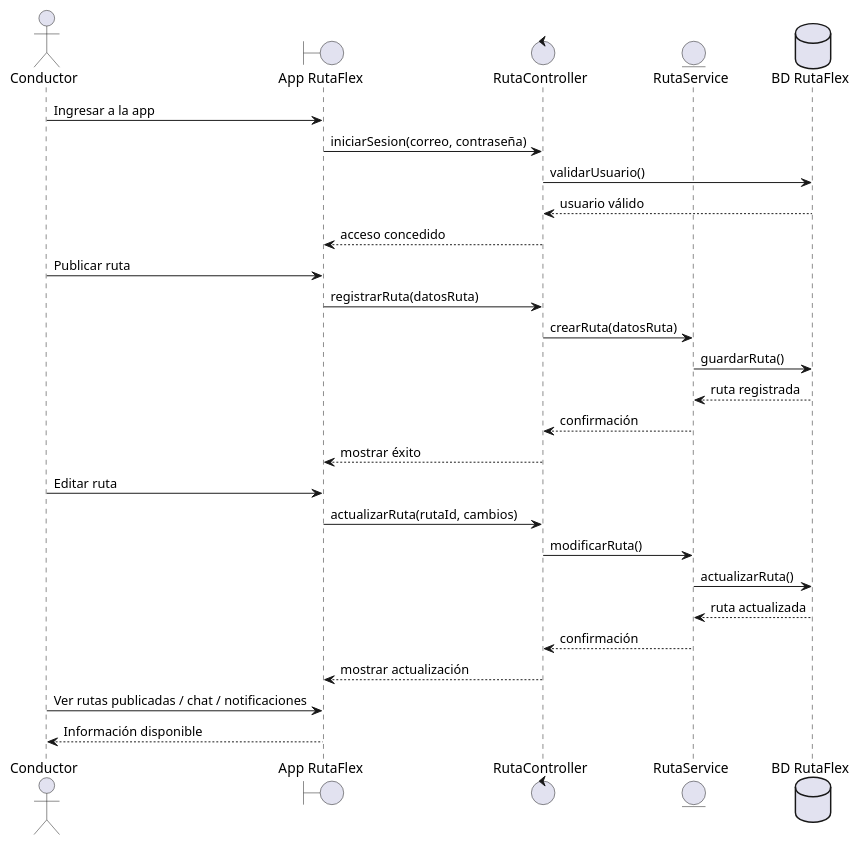
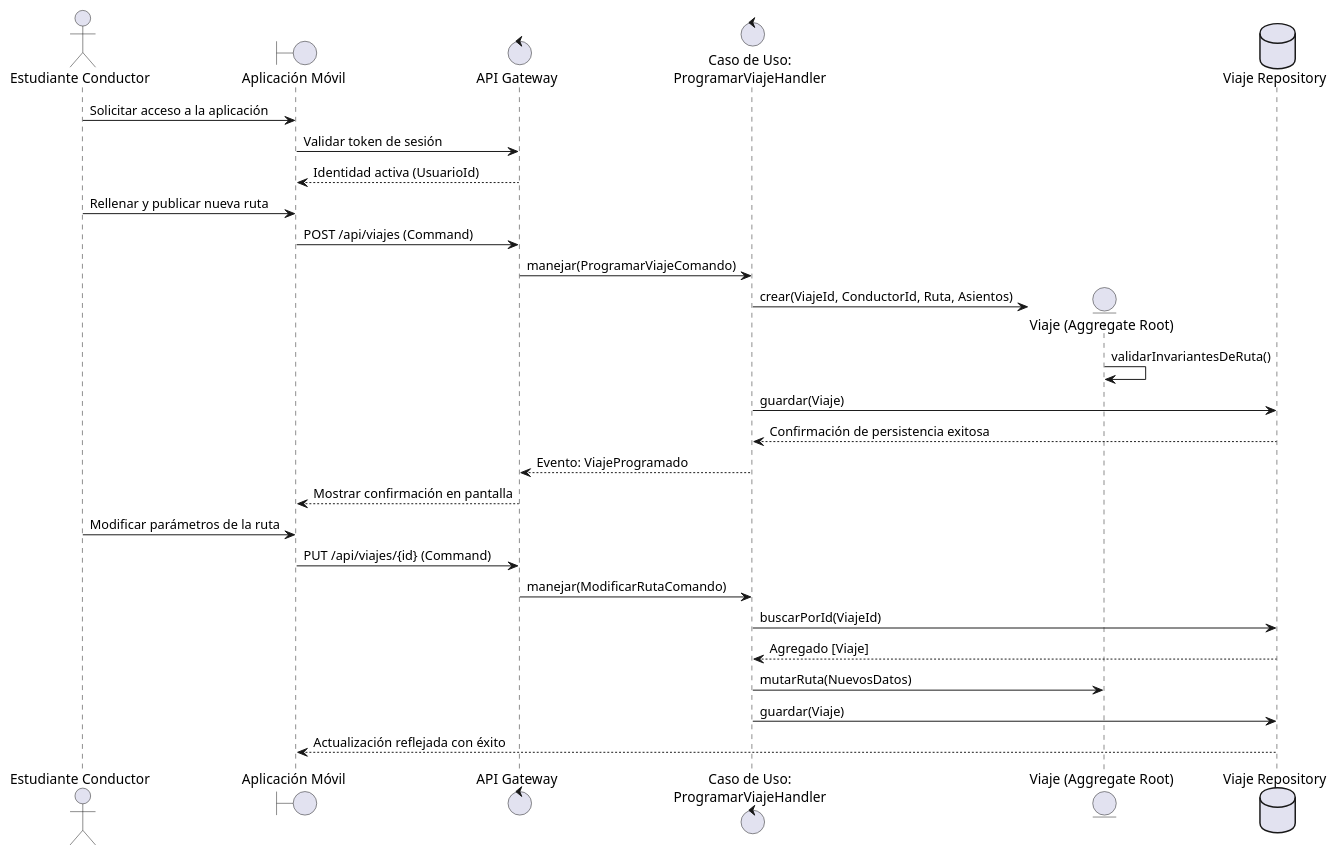
The diagram in Diagrama6.puml (Richard-suv/UML-PROYECTO), drawn with PlantUML before and after one commit. The commit also changed 17 other files, not shown here.

```diff
--- a/Diagrama6.puml
+++ b/Diagrama6.puml
@@ -1,32 +1,34 @@
 @startuml
-actor Conductor
-boundary "App RutaFlex" as App
-control "RutaController" as RutaC
-entity "RutaService" as RutaS
-database "BD RutaFlex" as DB
+actor "Estudiante Conductor" as Conductor
+boundary "Aplicación Móvil" as App
+control "API Gateway" as Gateway
+control "Caso de Uso:\nProgramarViajeHandler" as UC
+entity "Viaje (Aggregate Root)" as ViajeAR
+database "Viaje Repository" as Repo
 
-Conductor -> App : Ingresar a la app
-App -> RutaC : iniciarSesion(correo, contraseña)
-RutaC -> DB : validarUsuario()
-DB --> RutaC : usuario válido
-RutaC --> App : acceso concedido
+Conductor -> App : Solicitar acceso a la aplicación
+App -> Gateway : Validar token de sesión
+Gateway --> App : Identidad activa (UsuarioId)
 
-Conductor -> App : Publicar ruta
-App -> RutaC : registrarRuta(datosRuta)
-RutaC -> RutaS : crearRuta(datosRuta)
-RutaS -> DB : guardarRuta()
-DB --> RutaS : ruta registrada
-RutaS --> RutaC : confirmación
-RutaC --> App : mostrar éxito
+Conductor -> App : Rellenar y publicar nueva ruta
+App -> Gateway : POST /api/viajes (Command)
+Gateway -> UC : manejar(ProgramarViajeComando)
 
-Conductor -> App : Editar ruta
-App -> RutaC : actualizarRuta(rutaId, cambios)
-RutaC -> RutaS : modificarRuta()
-RutaS -> DB : actualizarRuta()
-DB --> RutaS : ruta actualizada
-RutaS --> RutaC : confirmación
-RutaC --> App : mostrar actualización
+create ViajeAR
+UC -> ViajeAR : crear(ViajeId, ConductorId, Ruta, Asientos)
+ViajeAR -> ViajeAR : validarInvariantesDeRuta()
 
-Conductor -> App : Ver rutas publicadas / chat / notificaciones
-App --> Conductor : Información disponible
+UC -> Repo : guardar(Viaje)
+Repo --> UC : Confirmación de persistencia exitosa
+UC --> Gateway : Evento: ViajeProgramado
+Gateway --> App : Mostrar confirmación en pantalla
+
+Conductor -> App : Modificar parámetros de la ruta
+App -> Gateway : PUT /api/viajes/{id} (Command)
+Gateway -> UC : manejar(ModificarRutaComando)
+UC -> Repo : buscarPorId(ViajeId)
+Repo --> UC : Agregado [Viaje]
+UC -> ViajeAR : mutarRuta(NuevosDatos)
+UC -> Repo : guardar(Viaje)
+Repo --> App : Actualización reflejada con éxito
 @enduml
```
